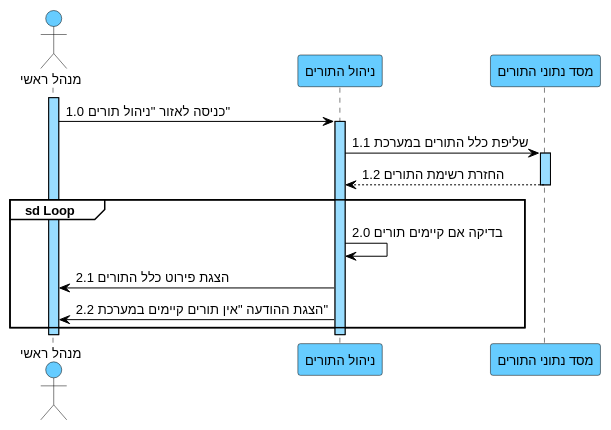
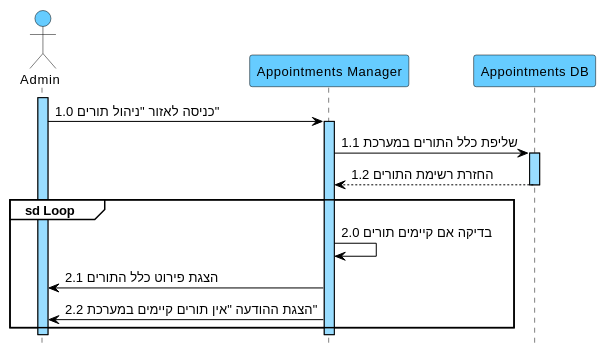
Before and after one commit to arielkaplan20/GOLDEN_HAIR_SALOAN: the diagram in docs/diagrams/puml/11-seq-suc11-ניהול-תורים.puml, drawn with PlantUML. The commit also changed 26 other files, not shown here.

```diff
--- a/docs/diagrams/puml/11-seq-suc11-ניהול-תורים.puml
+++ b/docs/diagrams/puml/11-seq-suc11-ניהול-תורים.puml
@@ -1,40 +1,41 @@
 @startuml
+hide footbox
 skinparam backgroundColor white
 skinparam defaultFontName Arial
 skinparam defaultFontSize 13
 skinparam sequence {
 ArrowColor black
 ArrowFontColor black
 ActorBorderColor black
 ActorBackgroundColor #66CCFF
 LifeLineBorderColor black
 LifeLineBackgroundColor #99DDFF
 ParticipantBorderColor black
 ParticipantBackgroundColor #66CCFF
 ParticipantFontColor black
 ParticipantFontSize 13
 GroupBorderColor black
 GroupBackgroundColor white
 GroupHeaderFontColor black
 }
 
-actor "מנהל ראשי" as A
-participant "ניהול התורים" as AM
-participant "מסד נתוני התורים" as DB
+actor "Admin" as A
+participant "Appointments Manager" as AM
+participant "Appointments DB" as DB
 
 activate A
 A -> AM : 1.0 כניסה לאזור "ניהול תורים"
 activate AM
 AM -> DB : 1.1 שליפת כלל התורים במערכת
 activate DB
 DB --> AM : 1.2 החזרת רשימת התורים
 deactivate DB
 
 group sd Loop
 AM -> AM : 2.0 בדיקה אם קיימים תורים
 AM -> A : 2.1 הצגת פירוט כלל התורים
 AM -> A : 2.2 הצגת ההודעה "אין תורים קיימים במערכת"
 end
 deactivate AM
 deactivate A
 @enduml
```
